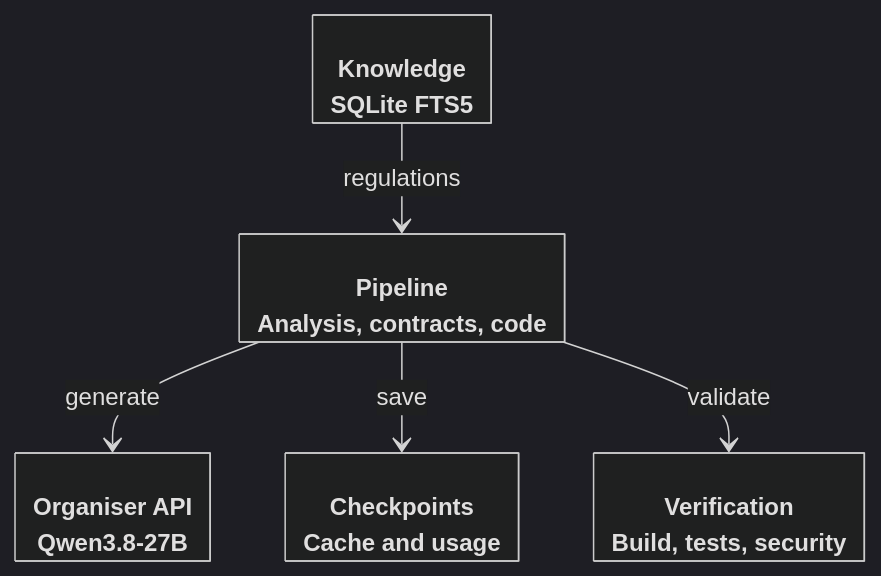
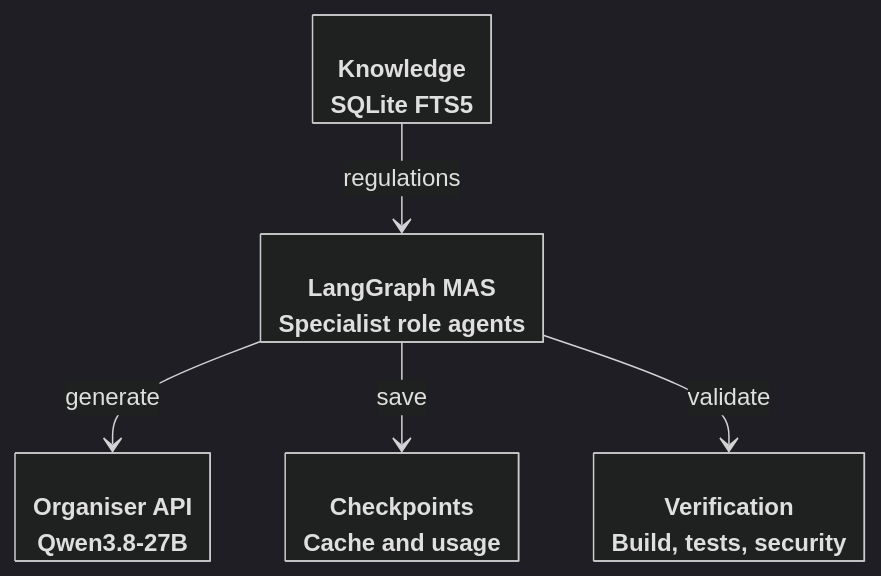
The first of 2 diagrams in README.md (pymlex/rwb-app-generator), drawn with Mermaid (dark theme) before and after one commit. The commit also changed other lines of this file and 33 other files, not shown here.

Commit message:
feat: coordinate scoped Qwen role agents with LangGraph quality gates

````diff
--- a/README.md
+++ b/README.md
@@ -11,14 +11,14 @@
 ```mermaid
 %%{init: {'class': {'hideEmptyMembersBox': true}}}%%
 classDiagram
     direction TB
     class Knowledge["Knowledge<br/>SQLite FTS5"]
-    class Pipeline["Pipeline<br/>Analysis, contracts, code"]
+    class Pipeline["LangGraph MAS<br/>Specialist role agents"]
     class Qwen["Organiser API<br/>Qwen3.8-27B"]
     class Checkpoints["Checkpoints<br/>Cache and usage"]
     class Verification["Verification<br/>Build, tests, security"]
     Knowledge --> Pipeline : regulations
     Pipeline --> Qwen : generate
     Pipeline --> Checkpoints : save
     Pipeline --> Verification : validate
 ```
````
